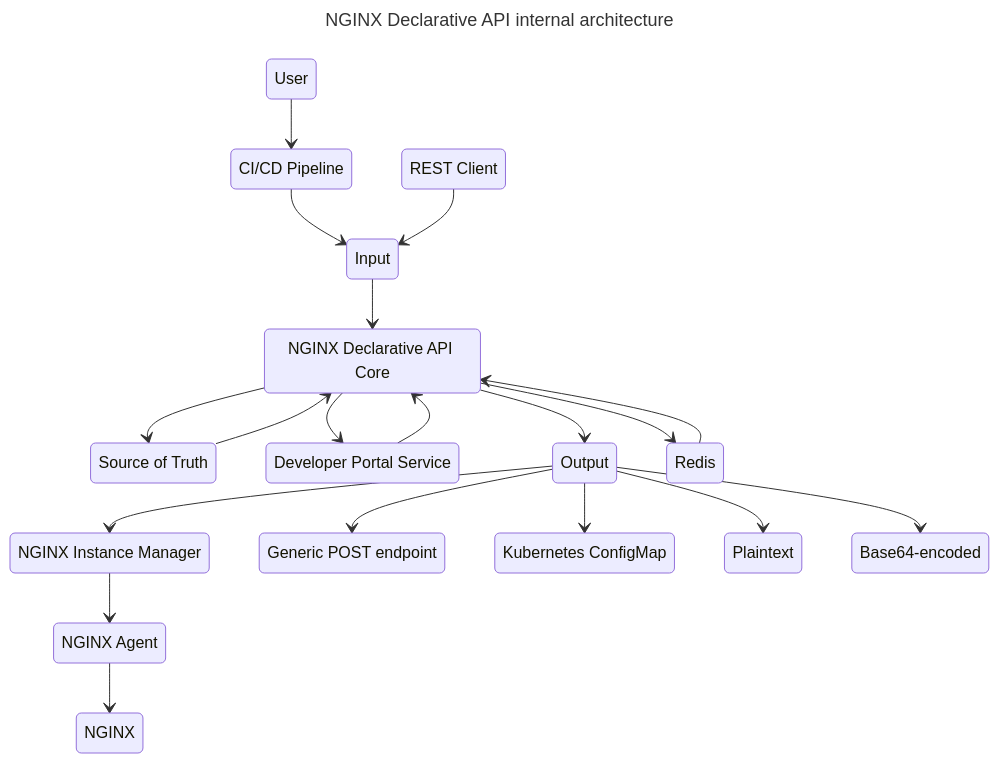
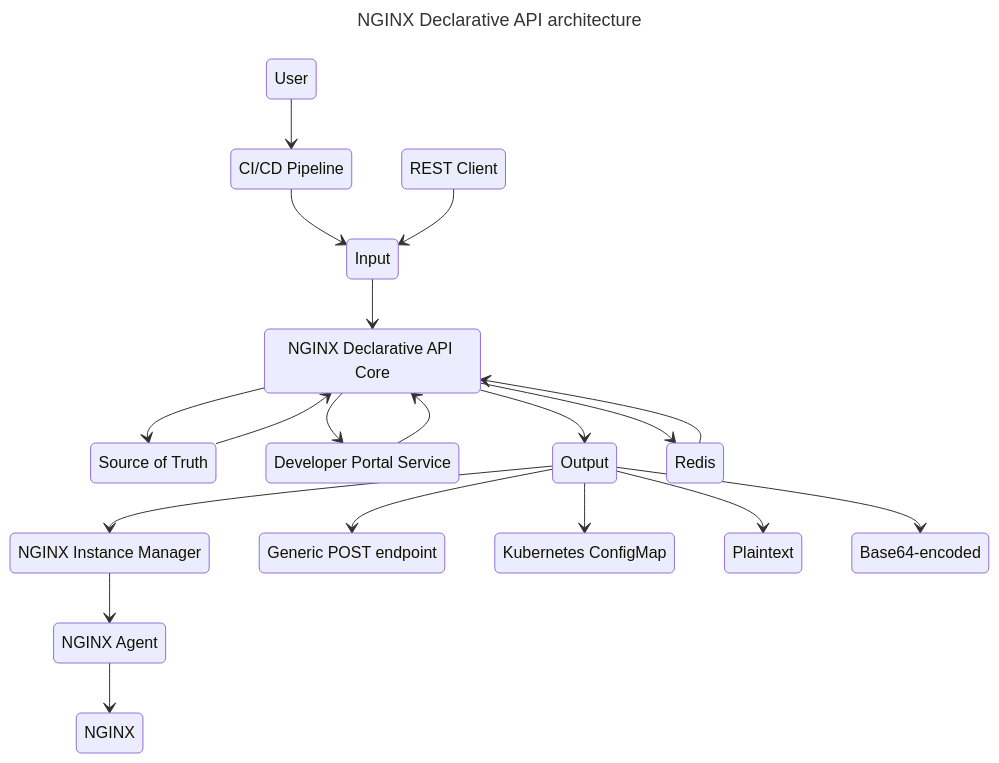
One commit to f5devcentral/NGINX-Declarative-API changed the first of 2 diagrams in README.md. Above: the diagram before and after it, drawn with Mermaid.

Commit message:
README updated

````diff
--- a/README.md
+++ b/README.md
@@ -31,41 +31,41 @@
 ```mermaid
 ---
-title: NGINX Declarative API internal architecture
+title: NGINX Declarative API architecture
 ---
 stateDiagram-v2
     DevOps: User
     Client: REST Client
     Pipeline: CI/CD Pipeline
     NIM: NGINX Instance Manager
     AGENT: NGINX Agent
     NGINX: NGINX
     INPUT: Input
     SOT: Source of Truth
     NDAPI: NGINX Declarative API Core
     DEVP: Developer Portal Service
     OUTPUT: Output
     REDIS: Redis
     POST: Generic POST endpoint
     CONFIGMAP: Kubernetes ConfigMap
     PLAINTEXT: Plaintext
     BASE64: Base64-encoded
 
     DevOps --> Pipeline
     Pipeline --> INPUT
     Client --> INPUT
     INPUT --> NDAPI
     NDAPI --> OUTPUT
     NDAPI --> SOT
     SOT --> NDAPI
     NDAPI --> REDIS
     REDIS --> NDAPI
     OUTPUT --> BASE64
     OUTPUT --> POST
     OUTPUT --> CONFIGMAP
     OUTPUT --> PLAINTEXT
     OUTPUT --> NIM
     NDAPI --> DEVP
     DEVP --> NDAPI
     NIM --> AGENT
     AGENT --> NGINX
 ```
````
